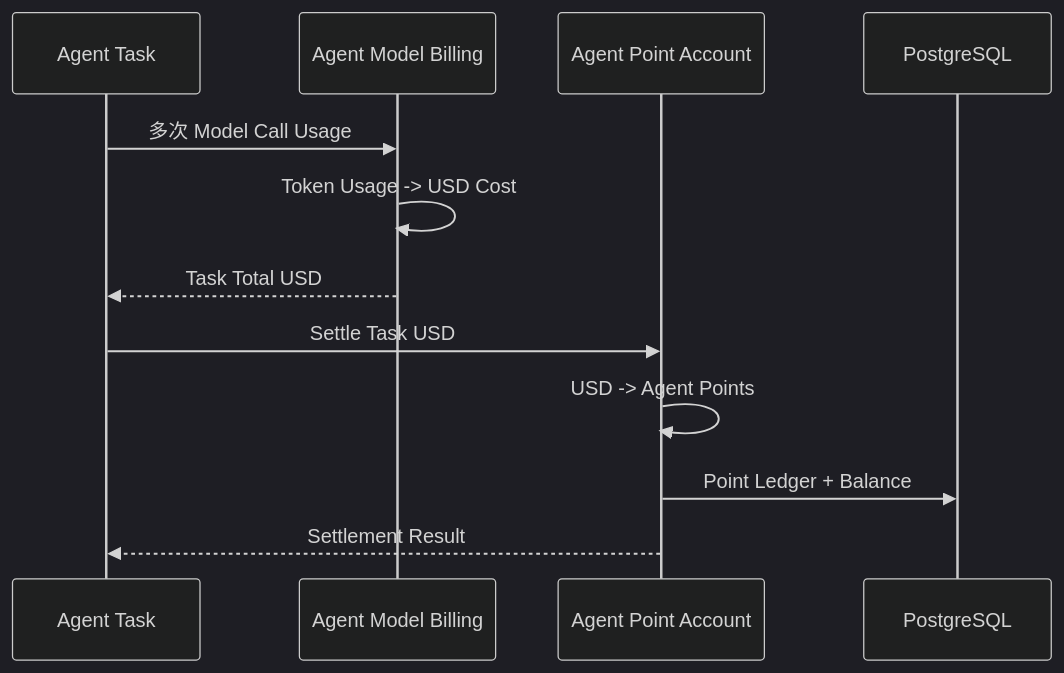
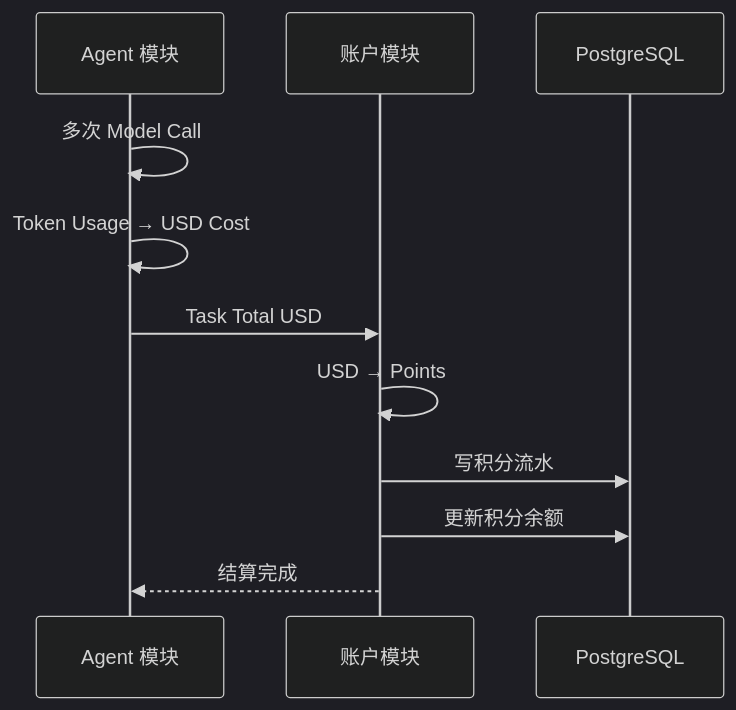
One commit to sxyq/mastergoods changed diagram 15 of 17 in docs/system-design/系统详细设计总览.md. Above: the diagram before and after it, drawn with Mermaid (dark theme). The commit also changed other lines of this file and 12 other files, not shown here.

Commit message:
docs(system-design): sync detailed design and explain flows

````diff
--- a/docs/system-design/系统详细设计总览.md
+++ b/docs/system-design/系统详细设计总览.md
@@ -202,16 +634,15 @@
 ```mermaid
 sequenceDiagram
-    participant TASK as Agent Task
-    participant MODEL as Agent Model Billing
-    participant ACCOUNT as Agent Point Account
+    participant AGENT as Agent 模块
+    participant ACCOUNT as 账户模块
     participant DB as PostgreSQL
 
-    TASK->>MODEL: 多次 Model Call Usage
-    MODEL->>MODEL: Token Usage -> USD Cost
-    MODEL-->>TASK: Task Total USD
+    AGENT->>AGENT: 多次 Model Call
+    AGENT->>AGENT: Token Usage → USD Cost
 
-    TASK->>ACCOUNT: Settle Task USD
-    ACCOUNT->>ACCOUNT: USD -> Agent Points
-    ACCOUNT->>DB: Point Ledger + Balance
-    ACCOUNT-->>TASK: Settlement Result
+    AGENT->>ACCOUNT: Task Total USD
+    ACCOUNT->>ACCOUNT: USD → Points
+    ACCOUNT->>DB: 写积分流水
+    ACCOUNT->>DB: 更新积分余额
+    ACCOUNT-->>AGENT: 结算完成
 ```
````
